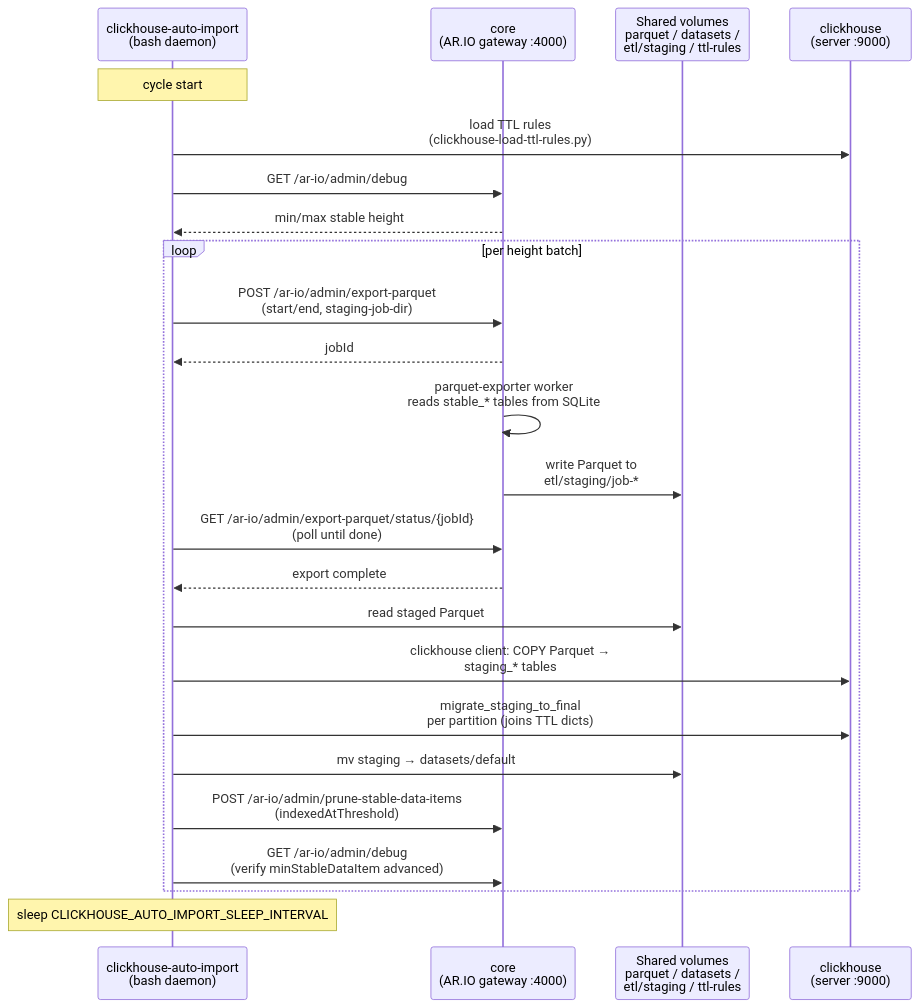
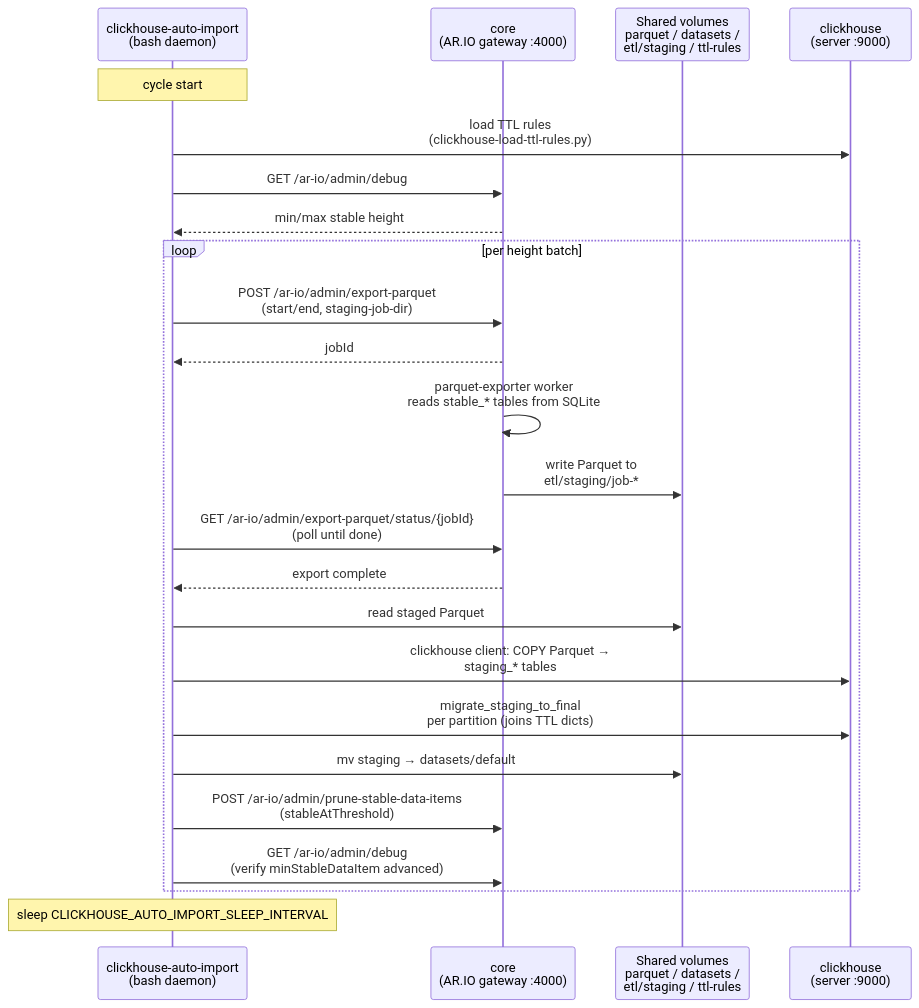
Before and after one commit to ar-io/ar-io-node: the second of 4 diagrams in docs/clickhouse-pipeline.md, drawn with Mermaid. The commit also changed other lines of this file and 11 other files, not shown here.

````diff
--- a/docs/clickhouse-pipeline.md
+++ b/docs/clickhouse-pipeline.md
@@ -167,31 +167,31 @@
 ```mermaid
 sequenceDiagram
   participant Auto as clickhouse-auto-import<br/>(bash daemon)
   participant Core as core<br/>(AR.IO gateway :4000)
   participant Shared as Shared volumes<br/>parquet / datasets /<br/>etl/staging / ttl-rules
   participant CH as clickhouse<br/>(server :9000)
 
   Note over Auto: cycle start
   Auto->>CH: load TTL rules<br/>(clickhouse-load-ttl-rules.py)
   Auto->>Core: GET /ar-io/admin/debug
   Core-->>Auto: min/max stable height
 
   loop per height batch
     Auto->>Core: POST /ar-io/admin/export-parquet<br/>(start/end, staging-job-dir)
     Core-->>Auto: jobId
     Core->>Core: parquet-exporter worker<br/>reads stable_* tables from SQLite
     Core->>Shared: write Parquet to<br/>etl/staging/job-*
     Auto->>Core: GET /ar-io/admin/export-parquet/status/{jobId}<br/>(poll until done)
     Core-->>Auto: export complete
 
     Auto->>Shared: read staged Parquet
     Auto->>CH: clickhouse client: COPY Parquet →<br/>staging_* tables
     Auto->>CH: migrate_staging_to_final<br/>per partition (joins TTL dicts)
     Auto->>Shared: mv staging → datasets/default
 
-    Auto->>Core: POST /ar-io/admin/prune-stable-data-items<br/>(indexedAtThreshold)
+    Auto->>Core: POST /ar-io/admin/prune-stable-data-items<br/>(stableAtThreshold)
     Auto->>Core: GET /ar-io/admin/debug<br/>(verify minStableDataItem advanced)
   end
 
   Note over Auto: sleep CLICKHOUSE_AUTO_IMPORT_SLEEP_INTERVAL
 ```
````
